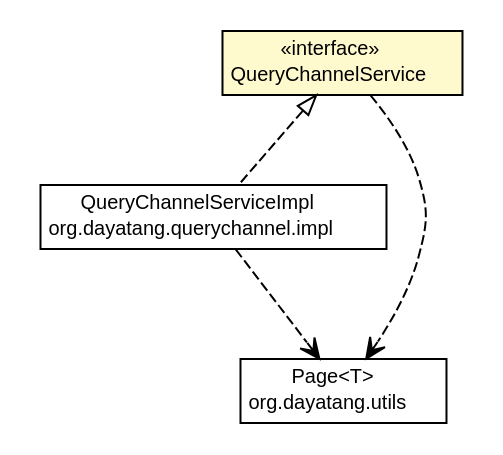
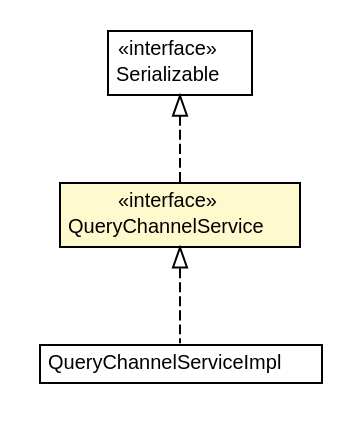
One commit to dayatang/dddlib changed the diagram in dddlib-query-channel/apidocs/org/dayatang/querychannel/QueryChannelService.dot. Above: the diagram before and after it, drawn with Graphviz. The commit also changed 148 other files, not shown here.

```diff
--- a/dddlib-query-channel/apidocs/org/dayatang/querychannel/QueryChannelService.dot
+++ b/dddlib-query-channel/apidocs/org/dayatang/querychannel/QueryChannelService.dot
@@ -1,39 +1,36 @@
 #!/usr/local/bin/dot
 #
 # Class diagram 
 # Generated by UMLGraph version R5_6_6-8-g8d7759 (http://www.umlgraph.org/)
 #
 
 digraph G {
 	edge [fontname="Helvetica",fontsize=10,labelfontname="Helvetica",labelfontsize=10];
 	node [fontname="Helvetica",fontsize=10,shape=plaintext];
 	nodesep=0.25;
 	ranksep=0.5;
 	// org.dayatang.querychannel.QueryChannelService
-	c75 [label=<<table title="org.dayatang.querychannel.QueryChannelService" border="0" cellborder="1" cellspacing="0" cellpadding="2" port="p" bgcolor="lemonChiffon" href="./QueryChannelService.html">
+	c49 [label=<<table title="org.dayatang.querychannel.QueryChannelService" border="0" cellborder="1" cellspacing="0" cellpadding="2" port="p" bgcolor="lemonChiffon" href="./QueryChannelService.html">
 		<tr><td><table border="0" cellspacing="0" cellpadding="1">
 <tr><td align="center" balign="center"> &#171;interface&#187; </td></tr>
 <tr><td align="center" balign="center"> QueryChannelService </td></tr>
 		</table></td></tr>
 		</table>>, URL="./QueryChannelService.html", fontname="Helvetica", fontcolor="black", fontsize=10.0];
 	// org.dayatang.querychannel.impl.QueryChannelServiceImpl
-	c77 [label=<<table title="org.dayatang.querychannel.impl.QueryChannelServiceImpl" border="0" cellborder="1" cellspacing="0" cellpadding="2" port="p" href="./impl/QueryChannelServiceImpl.html">
+	c51 [label=<<table title="org.dayatang.querychannel.impl.QueryChannelServiceImpl" border="0" cellborder="1" cellspacing="0" cellpadding="2" port="p" href="./impl/QueryChannelServiceImpl.html">
 		<tr><td><table border="0" cellspacing="0" cellpadding="1">
 <tr><td align="center" balign="center"> QueryChannelServiceImpl </td></tr>
-<tr><td align="center" balign="center"> org.dayatang.querychannel.impl </td></tr>
 		</table></td></tr>
 		</table>>, URL="./impl/QueryChannelServiceImpl.html", fontname="Helvetica", fontcolor="black", fontsize=10.0];
+	//org.dayatang.querychannel.QueryChannelService implements java.io.Serializable
+	c55:p -> c49:p [dir=back,arrowtail=empty,style=dashed];
 	//org.dayatang.querychannel.impl.QueryChannelServiceImpl implements org.dayatang.querychannel.QueryChannelService
-	c75:p -> c77:p [dir=back,arrowtail=empty,style=dashed];
-	// org.dayatang.querychannel.QueryChannelService DEPEND org.dayatang.utils.Page<T>
-	c75:p -> c81:p [taillabel="", label=" "headlabel="", fontname="Helvetica", fontcolor="black", fontsize=10.0, color="black", arrowhead=open, style=dashed];
-	// org.dayatang.querychannel.impl.QueryChannelServiceImpl DEPEND org.dayatang.utils.Page<T>
-	c77:p -> c81:p [taillabel="", label=" "headlabel="", fontname="Helvetica", fontcolor="black", fontsize=10.0, color="black", arrowhead=open, style=dashed];
-	// org.dayatang.utils.Page<T>
-	c81 [label=<<table title="org.dayatang.utils.Page" border="0" cellborder="1" cellspacing="0" cellpadding="2" port="p" href="http://java.sun.com/j2se/1.4.2/docs/api/org/dayatang/utils/Page.html">
+	c49:p -> c51:p [dir=back,arrowtail=empty,style=dashed];
+	// java.io.Serializable
+	c55 [label=<<table title="java.io.Serializable" border="0" cellborder="1" cellspacing="0" cellpadding="2" port="p" href="http://download.oracle.com/javase/7/docs/api/java/io/Serializable.html">
 		<tr><td><table border="0" cellspacing="0" cellpadding="1">
-<tr><td align="center" balign="center"> Page&lt;T&gt; </td></tr>
-<tr><td align="center" balign="center"> org.dayatang.utils </td></tr>
+<tr><td align="center" balign="center"> &#171;interface&#187; </td></tr>
+<tr><td align="center" balign="center"> Serializable </td></tr>
 		</table></td></tr>
-		</table>>, URL="http://java.sun.com/j2se/1.4.2/docs/api/org/dayatang/utils/Page.html", fontname="Helvetica", fontcolor="black", fontsize=10.0];
+		</table>>, URL="http://download.oracle.com/javase/7/docs/api/java/io/Serializable.html", fontname="Helvetica", fontcolor="black", fontsize=10.0];
 }
```
